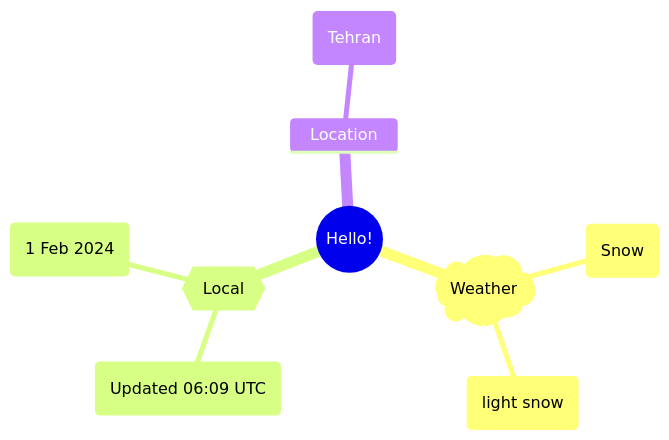
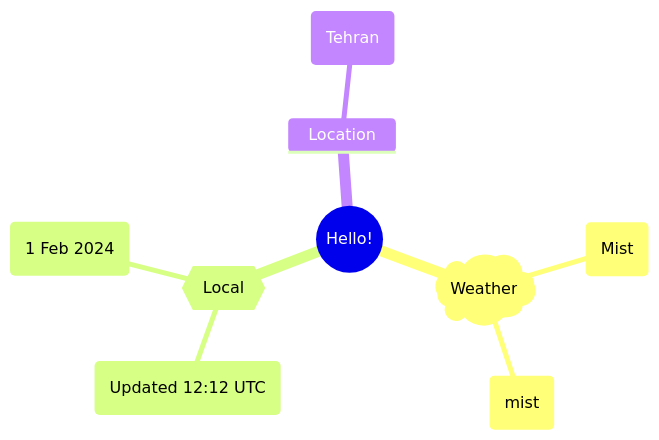
One commit to Xosrov/Xosrov changed the first of 2 diagrams in README.md. Above: the diagram before and after it, drawn with Mermaid.

Commit message:
[bot] updated images

````diff
--- a/README.md
+++ b/README.md
@@ -3,12 +3,12 @@
 ```mermaid
 mindmap
   root((Hello!))
     )Weather(
-        (Snow)
-        (light snow)
+        (Mist)
+        (mist)
     {{Local}}
-        (Updated 06:09 UTC)
+        (Updated 12:12 UTC)
         (1 Feb 2024)
     Location
         (Tehran)
 ```
````
